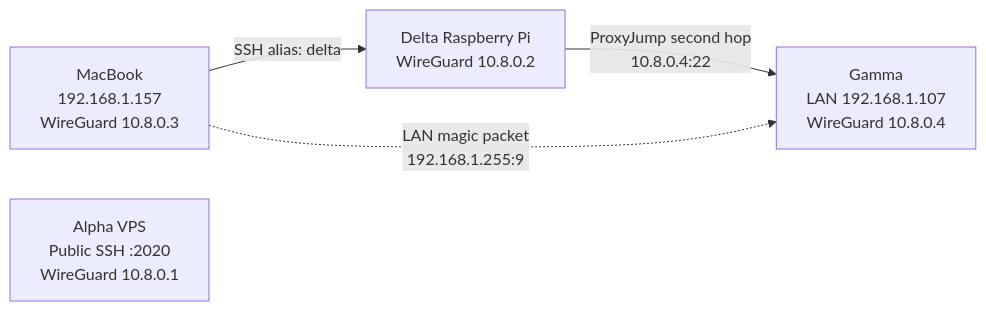
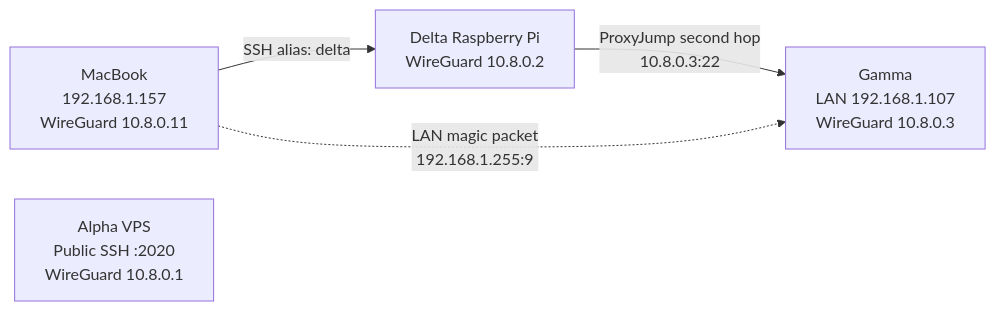
One commit to Manuel0516/zero-five-handbook changed the diagram in content/docs/laptop-gamma/index.mdx. Above: the diagram before and after it, drawn with Mermaid. The commit also changed other lines of this file and 22 other files, not shown here.

````diff
--- a/content/docs/laptop-gamma/index.mdx
+++ b/content/docs/laptop-gamma/index.mdx
@@ -14,10 +14,10 @@
 ```mermaid
 flowchart LR
-    mac["MacBook<br/>192.168.1.157<br/>WireGuard 10.8.0.3"]
+    mac["MacBook<br/>192.168.1.157<br/>WireGuard 10.8.0.11"]
     alpha["Alpha VPS<br/>Public SSH :2020<br/>WireGuard 10.8.0.1"]
-    gamma["Gamma<br/>LAN 192.168.1.107<br/>WireGuard 10.8.0.4"]
+    gamma["Gamma<br/>LAN 192.168.1.107<br/>WireGuard 10.8.0.3"]
 
     mac -->|"SSH alias: delta"| delta["Delta Raspberry Pi<br/>WireGuard 10.8.0.2"]
-    delta -->|"ProxyJump second hop<br/>10.8.0.4:22"| gamma
+    delta -->|"ProxyJump second hop<br/>10.8.0.3:22"| gamma
     mac -. "LAN magic packet<br/>192.168.1.255:9" .-> gamma
 ```
````
